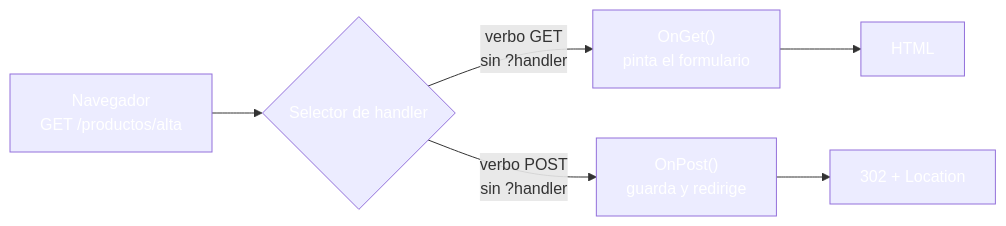
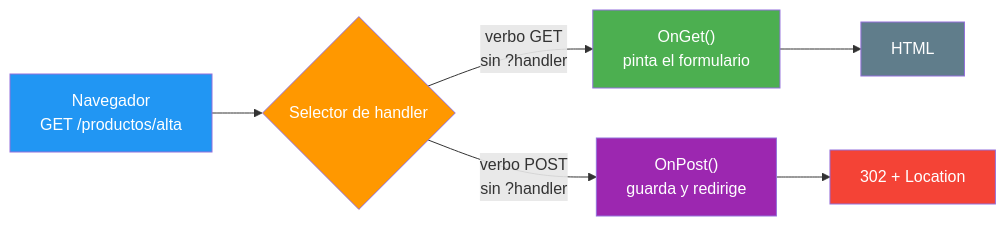
One commit to joseluisgs/DesarrolloWebEntornosServidor-03-2026-2027 changed the first of 4 diagrams in 11-razorpages-pagemodel-handlers.md. Above: the diagram before and after it, drawn with Mermaid. The commit also changed other lines of this file and 25 other files, not shown here.

Commit message:
docs: corregir los estilos Mermaid de los temas y alinear el dominio del tema 25 con ProductosApp

````diff
--- a/11-razorpages-pagemodel-handlers.md
+++ b/11-razorpages-pagemodel-handlers.md
@@ -99,14 +99,14 @@
 ```mermaid
 graph LR
     A["Navegador<br/>GET /productos/alta"] --> B{"Selector de handler"}
     B -->|"verbo GET<br/>sin ?handler"| C["OnGet()<br/>pinta el formulario"]
     B -->|"verbo POST<br/>sin ?handler"| D["OnPost()<br/>guarda y redirige"]
     C --> E["HTML"]
     D --> F["302 + Location"]
-    style A fill:#2196F,color:#fff3,color:#fff
-    style B fill:#FF980,color:#fff0,color:#fff
-    style C fill:#4CAF5,color:#fff0,color:#fff
-    style D fill:#9C27B,color:#fff0,color:#fff
-    style E fill:#607D8,color:#fffB,color:#fff
-    style F fill:#f4433,color:#fff6,color:#fff
+    style A fill:#2196F3,color:#fff
+    style B fill:#FF9800,color:#fff
+    style C fill:#4CAF50,color:#fff
+    style D fill:#9C27B0,color:#fff
+    style E fill:#607D8B,color:#fff
+    style F fill:#f44336,color:#fff
 ```
````
